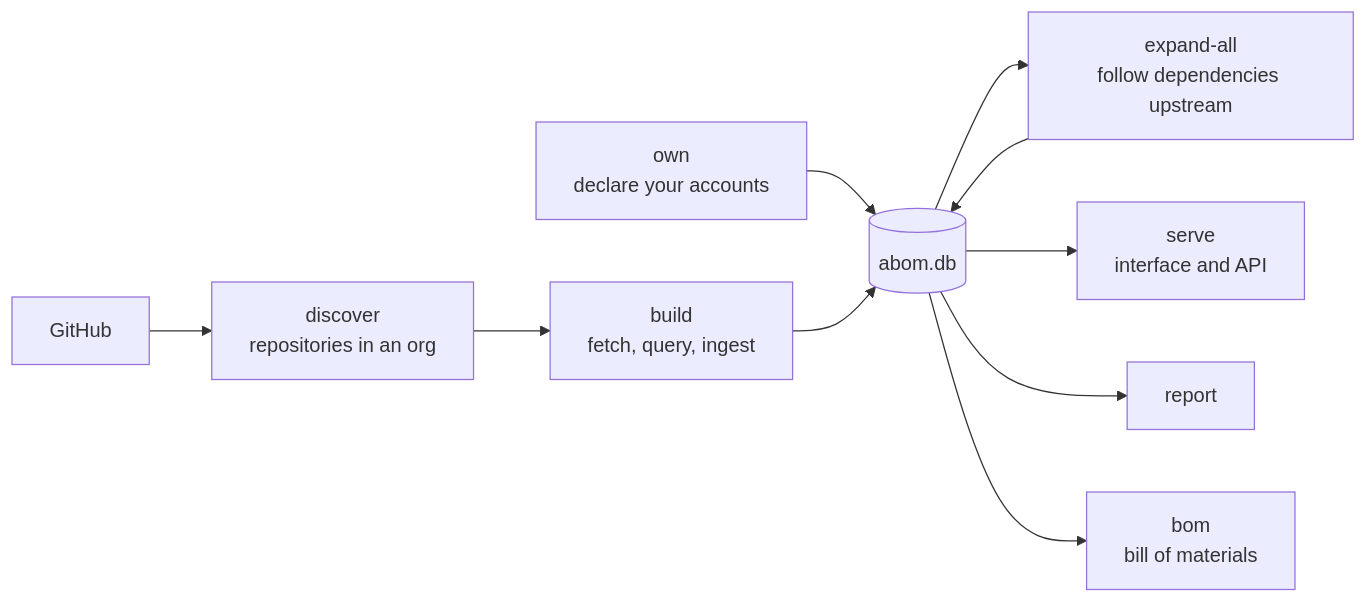
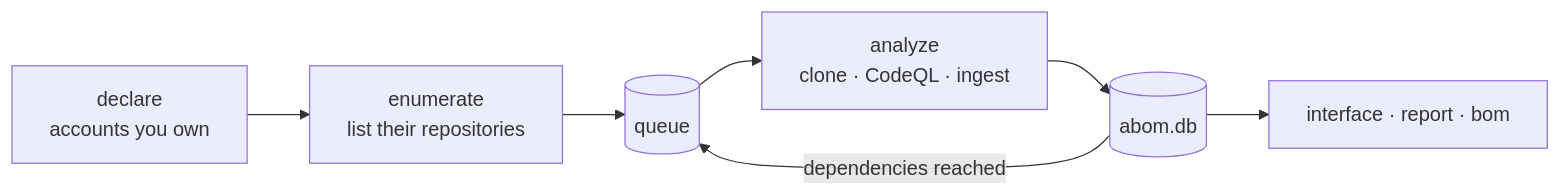
Before and after one commit to advanced-security/codeql-abom: the diagram in README.md, drawn with Mermaid. The commit also changed other lines of this file and 40 other files, not shown here.

````diff
--- a/README.md
+++ b/README.md
@@ -25,12 +42,9 @@
 ```mermaid
 flowchart LR
-  OWN["own<br/>declare your accounts"] --> DB
-  GH["GitHub"] --> DISC["discover<br/>repositories in an org"]
-  DISC --> BUILD["build<br/>fetch, query, ingest"]
-  BUILD --> DB[("abom.db")]
-  DB --> EXP["expand-all<br/>follow dependencies upstream"]
-  EXP --> DB
-  DB --> SERVE["serve<br/>interface and API"]
-  DB --> REPORT["report"]
-  DB --> BOM["bom<br/>bill of materials"]
+  OWN["declare<br/>accounts you own"] --> ENUM["enumerate<br/>list their repositories"]
+  ENUM --> QUEUE[("queue")]
+  QUEUE --> ANALYZE["analyze<br/>clone · CodeQL · ingest"]
+  ANALYZE --> DB[("abom.db")]
+  DB -->|"dependencies reached"| QUEUE
+  DB --> READ["interface · report · bom"]
 ```
````
